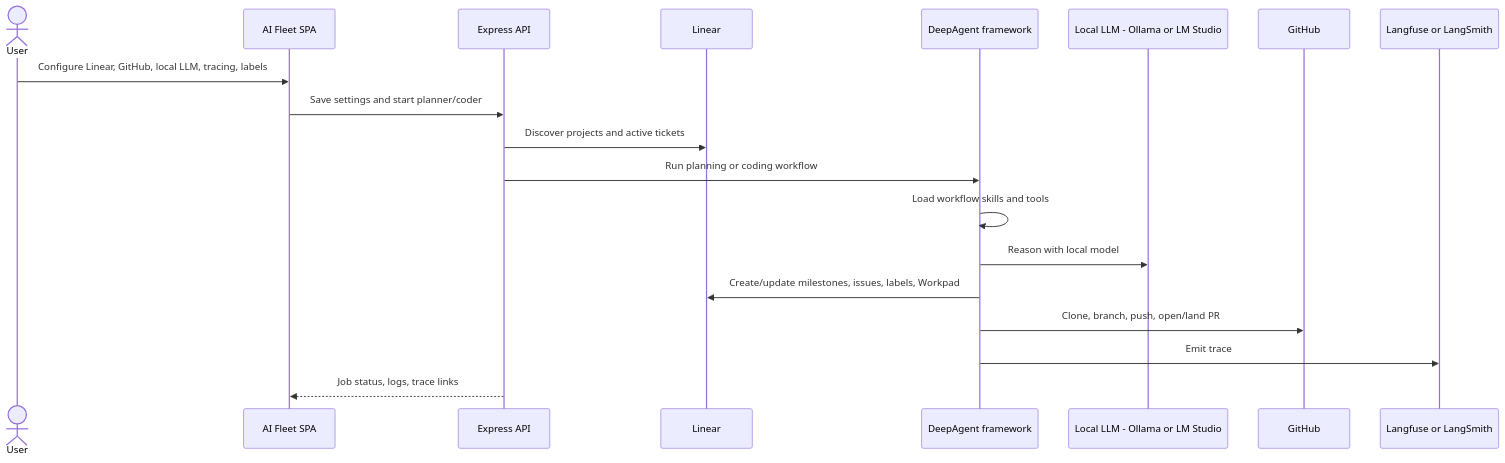
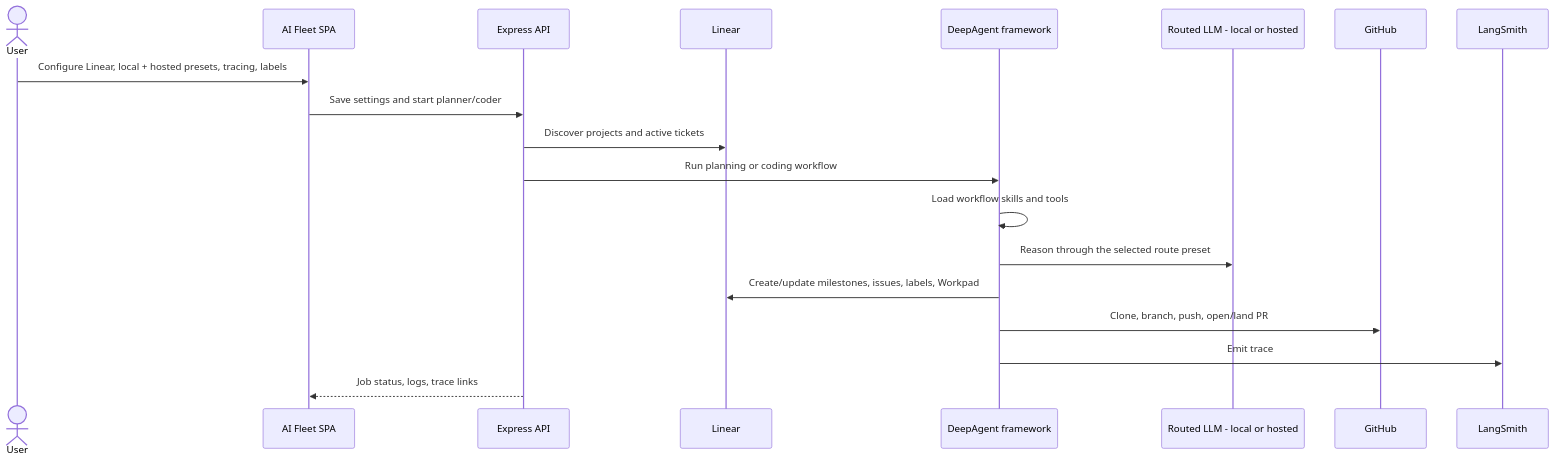
One commit to niravshah2705/symphony changed the second of 2 diagrams in docs/ARCHITECTURE_DIAGRAM.md. Above: the diagram before and after it, drawn with Mermaid. The commit also changed other lines of this file and 15 other files, not shown here.

Commit message:
feat: add LLM preset catalog and dropdown UI

````diff
--- a/docs/ARCHITECTURE_DIAGRAM.md
+++ b/docs/ARCHITECTURE_DIAGRAM.md
@@ -53,22 +65,22 @@
 ```mermaid
 sequenceDiagram
   actor User as User
   participant UI as AI Fleet SPA
   participant API as Express API
   participant Linear as Linear
   participant Agent as DeepAgent framework
-  participant LLM as Local LLM - Ollama or LM Studio
+  participant LLM as Routed LLM - local or hosted
   participant GitHub as GitHub
-  participant Obs as Langfuse or LangSmith
+  participant Obs as LangSmith
 
-  User->>UI: Configure Linear, GitHub, local LLM, tracing, labels
+  User->>UI: Configure Linear, local + hosted presets, tracing, labels
   UI->>API: Save settings and start planner/coder
   API->>Linear: Discover projects and active tickets
   API->>Agent: Run planning or coding workflow
   Agent->>Agent: Load workflow skills and tools
-  Agent->>LLM: Reason with local model
+  Agent->>LLM: Reason through the selected route preset
   Agent->>Linear: Create/update milestones, issues, labels, Workpad
   Agent->>GitHub: Clone, branch, push, open/land PR
   Agent->>Obs: Emit trace
   API-->>UI: Job status, logs, trace links
 ```
````
